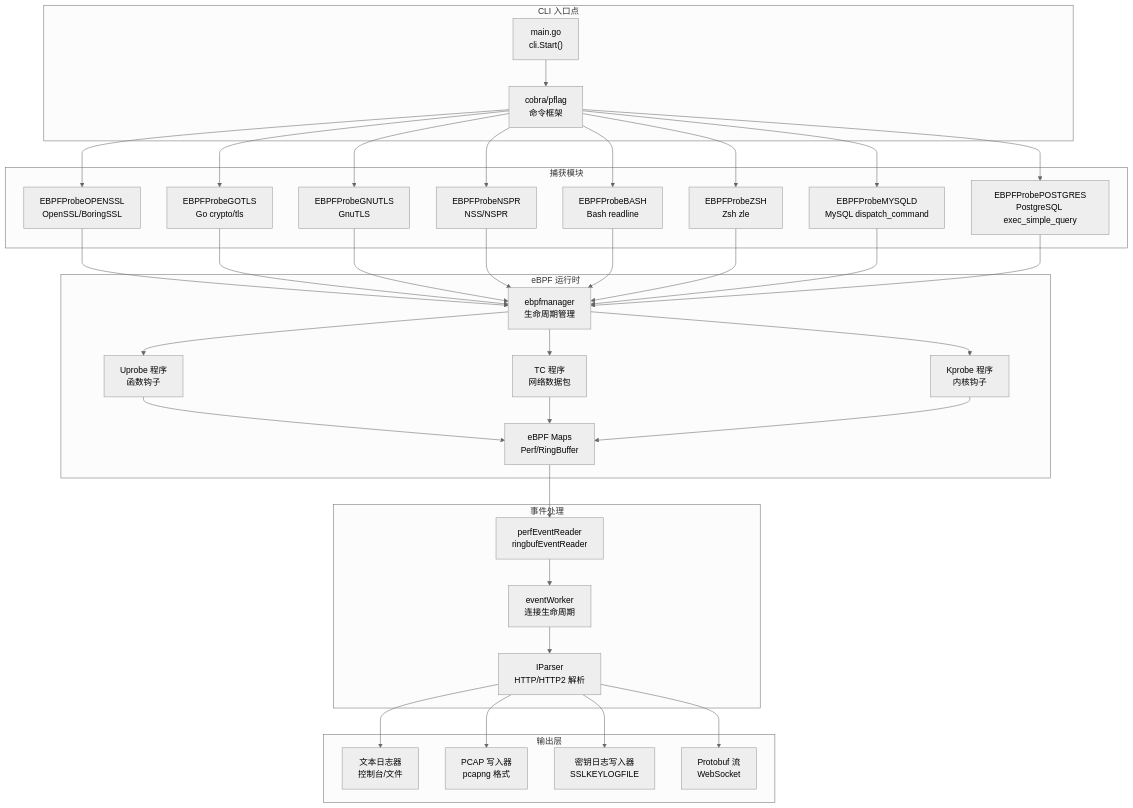
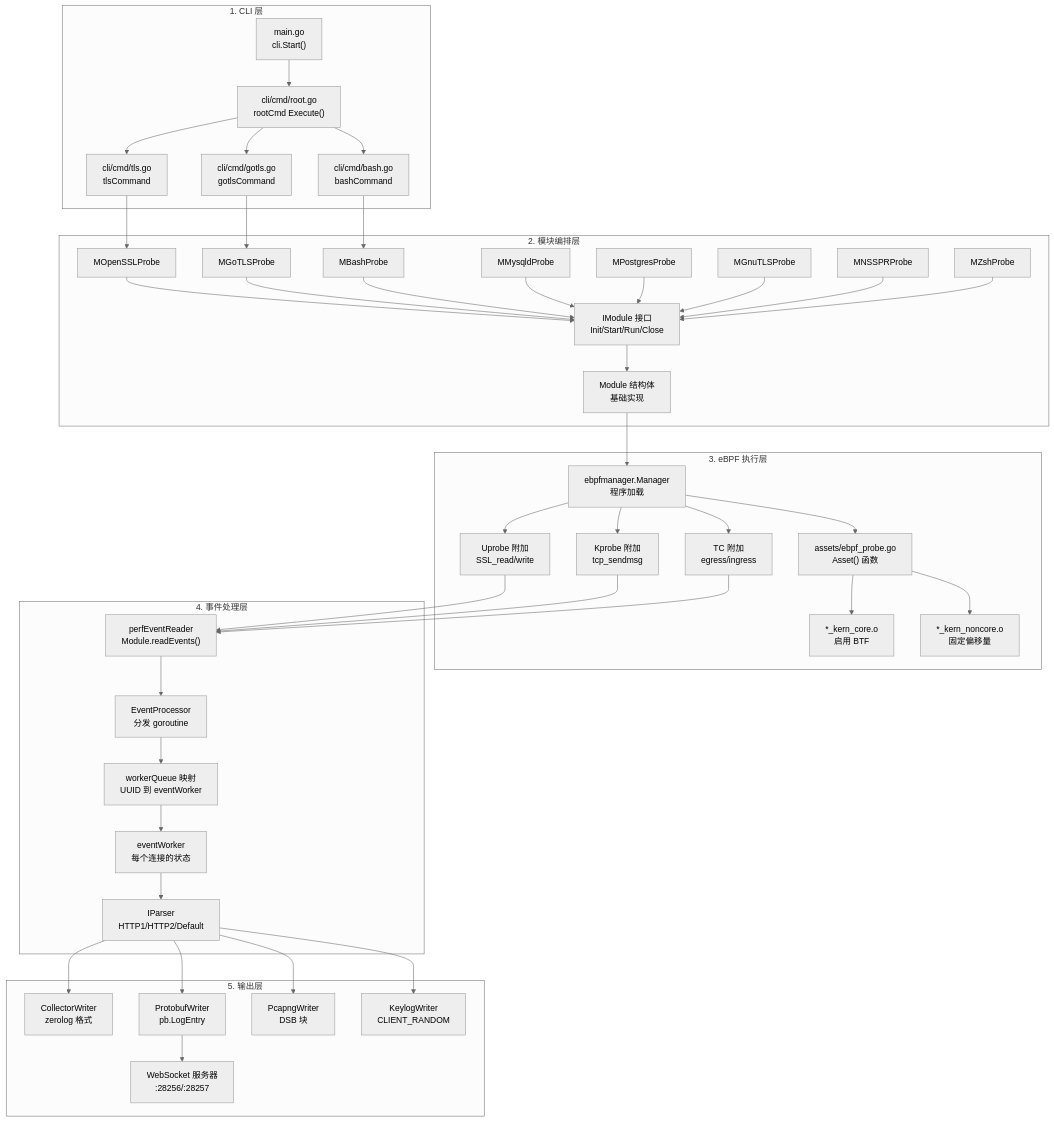
The first of 5 diagrams in src/zh/1-overview/index.md (gojue/ecapture.cc), drawn with Mermaid (neutral theme) before and after one commit. The commit also changed other lines of this file and 115 other files, not shown here.

````diff
--- a/src/zh/1-overview/index.md
+++ b/src/zh/1-overview/index.md
@@ -44,75 +51,94 @@
 ```mermaid
 graph TB
-    subgraph CLI["CLI 入口点"]
-        main["main.go<br/>cli.Start()"]
-        cobra["cobra/pflag<br/>命令框架"]
+    subgraph CLI["1. CLI 层"]
+        Main["main.go<br/>cli.Start()"]
+        RootCmd["cli/cmd/root.go<br/>rootCmd Execute()"]
+        TLSCmd["cli/cmd/tls.go<br/>tlsCommand"]
+        GoTLSCmd["cli/cmd/gotls.go<br/>gotlsCommand"]
+        BashCmd["cli/cmd/bash.go<br/>bashCommand"]
     end
     
-    subgraph Modules["捕获模块"]
-        tls["EBPFProbeOPENSSL<br/>OpenSSL/BoringSSL"]
-        gotls["EBPFProbeGOTLS<br/>Go crypto/tls"]
-        gnutls["EBPFProbeGNUTLS<br/>GnuTLS"]
-        nspr["EBPFProbeNSPR<br/>NSS/NSPR"]
-        bash["EBPFProbeBASH<br/>Bash readline"]
-        zsh["EBPFProbeZSH<br/>Zsh zle"]
-        mysql["EBPFProbeMYSQLD<br/>MySQL dispatch_command"]
-        postgres["EBPFProbePOSTGRES<br/>PostgreSQL exec_simple_query"]
+    subgraph ModOrch["2. 模块编排层"]
+        IModule["IModule 接口<br/>Init/Start/Run/Close"]
+        BaseModule["Module 结构体<br/>基础实现"]
+        OpenSSLProbe["MOpenSSLProbe"]
+        GoTLSProbe["MGoTLSProbe"]
+        BashProbe["MBashProbe"]
+        MysqldProbe["MMysqldProbe"]
+        PostgresProbe["MPostgresProbe"]
+        GnuTLSProbe["MGnuTLSProbe"]
+        NSSProbe["MNSSPRProbe"]
+        ZshProbe["MZshProbe"]
     end
     
-    subgraph eBPF["eBPF 运行时"]
-        manager["ebpfmanager<br/>生命周期管理"]
-        uprobe["Uprobe 程序<br/>函数钩子"]
-        tc["TC 程序<br/>网络数据包"]
-        kprobe["Kprobe 程序<br/>内核钩子"]
-        maps["eBPF Maps<br/>Perf/RingBuffer"]
+    subgraph eBPFExec["3. eBPF 执行层"]
+        Manager["ebpfmanager.Manager<br/>程序加载"]
+        BytecodeAssets["assets/ebpf_probe.go<br/>Asset() 函数"]
+        CoreBC["*_kern_core.o<br/>启用 BTF"]
+        NonCoreBC["*_kern_noncore.o<br/>固定偏移量"]
+        Uprobes["Uprobe 附加<br/>SSL_read/write"]
+        Kprobes["Kprobe 附加<br/>tcp_sendmsg"]
+        TC["TC 附加<br/>egress/ingress"]
     end
     
-    subgraph Events["事件处理"]
-        reader["perfEventReader<br/>ringbufEventReader"]
-        worker["eventWorker<br/>连接生命周期"]
-        parser["IParser<br/>HTTP/HTTP2 解析"]
+    subgraph EventProc["4. 事件处理层"]
+        PerfReader["perfEventReader<br/>Module.readEvents()"]
+        EventProcessor["EventProcessor<br/>分发 goroutine"]
+        WorkerQueue["workerQueue 映射<br/>UUID 到 eventWorker"]
+        EventWorker["eventWorker<br/>每个连接的状态"]
+        Parsers["IParser<br/>HTTP1/HTTP2/Default"]
     end
     
-    subgraph Output["输出层"]
-        text["文本日志器<br/>控制台/文件"]
-        pcap["PCAP 写入器<br/>pcapng 格式"]
-        keylog["密钥日志写入器<br/>SSLKEYLOGFILE"]
-        proto["Protobuf 流<br/>WebSocket"]
+    subgraph Output["5. 输出层"]
+        CollectorWriter["CollectorWriter<br/>zerolog 格式"]
+        ProtobufWriter["ProtobufWriter<br/>pb.LogEntry"]
+        PcapngWriter["PcapngWriter<br/>DSB 块"]
+        KeylogWriter["KeylogWriter<br/>CLIENT_RANDOM"]
+        WebSocket["WebSocket 服务器<br/>:28256/:28257"]
     end
     
-    main --> cobra
-    cobra --> tls
-    cobra --> gotls
-    cobra --> gnutls
-    cobra --> nspr
-    cobra --> bash
-    cobra --> zsh
-    cobra --> mysql
-    cobra --> postgres
+    Main --> RootCmd
+    RootCmd --> TLSCmd
+    RootCmd --> GoTLSCmd
+    RootCmd --> BashCmd
     
-    tls --> manager
-    gotls --> manager
-    gnutls --> manager
-    nspr --> manager
-    bash --> manager
-    zsh --> manager
-    mysql --> manager
-    postgres --> manager
+    TLSCmd --> OpenSSLProbe
+    GoTLSCmd --> GoTLSProbe
+    BashCmd --> BashProbe
     
-    manager --> uprobe
-    manager --> tc
-    manager --> kprobe
+    OpenSSLProbe --> IModule
+    GoTLSProbe --> IModule
+    BashProbe --> IModule
+    MysqldProbe --> IModule
+    PostgresProbe --> IModule
+    GnuTLSProbe --> IModule
+    NSSProbe --> IModule
+    ZshProbe --> IModule
     
-    uprobe --> maps
-    tc --> maps
-    kprobe --> maps
+    IModule --> BaseModule
     
-    maps --> reader
-    reader --> worker
-    worker --> parser
+    BaseModule --> Manager
+    Manager --> BytecodeAssets
+    BytecodeAssets --> CoreBC
+    BytecodeAssets --> NonCoreBC
     
-    parser --> text
-    parser --> pcap
-    parser --> keylog
-    parser --> proto
+    Manager --> Uprobes
+    Manager --> Kprobes
+    Manager --> TC
+    
+    Uprobes --> PerfReader
+    Kprobes --> PerfReader
+    TC --> PerfReader
+    
+    PerfReader --> EventProcessor
+    EventProcessor --> WorkerQueue
+    WorkerQueue --> EventWorker
+    EventWorker --> Parsers
+    
+    Parsers --> CollectorWriter
+    Parsers --> ProtobufWriter
+    Parsers --> PcapngWriter
+    Parsers --> KeylogWriter
+    
+    ProtobufWriter --> WebSocket
 ```
````
